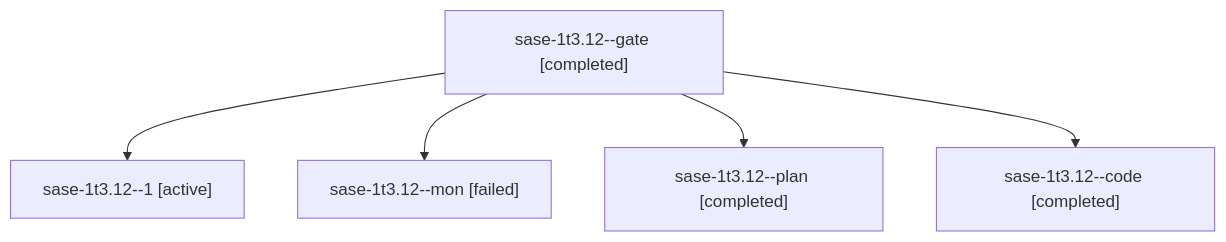
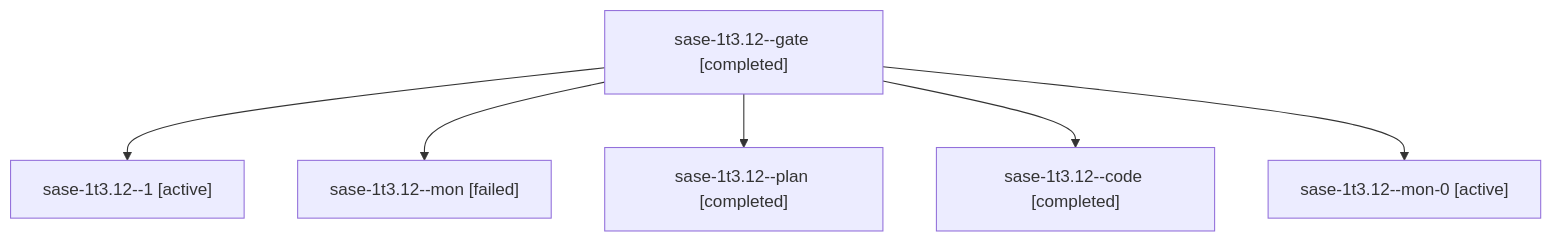
Before and after one commit to sase-org/sase--agents: the diagram in sessions/bbugyi200.athena.sase-1t3.12.md, drawn with Mermaid. The commit also changed other lines of this file and 46 other files, not shown here.

````diff
--- a/sessions/bbugyi200.athena.sase-1t3.12.md
+++ b/sessions/bbugyi200.athena.sase-1t3.12.md
@@ -9,12 +9,14 @@
 ```mermaid
 flowchart TD
   n0["sase-1t3.12--gate [completed]"]
   n1["sase-1t3.12--1 [active]"]
   n0 --> n1
   n2["sase-1t3.12--mon [failed]"]
   n0 --> n2
   n3["sase-1t3.12--plan [completed]"]
   n0 --> n3
   n4["sase-1t3.12--code [completed]"]
   n0 --> n4
+  n5["sase-1t3.12--mon-0 [active]"]
+  n0 --> n5
 ```
````
